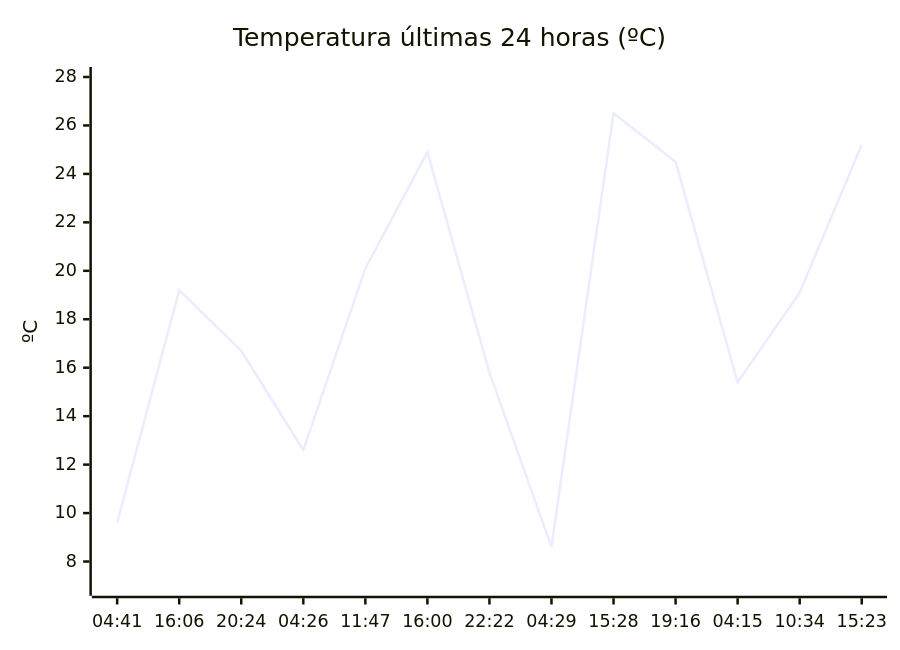
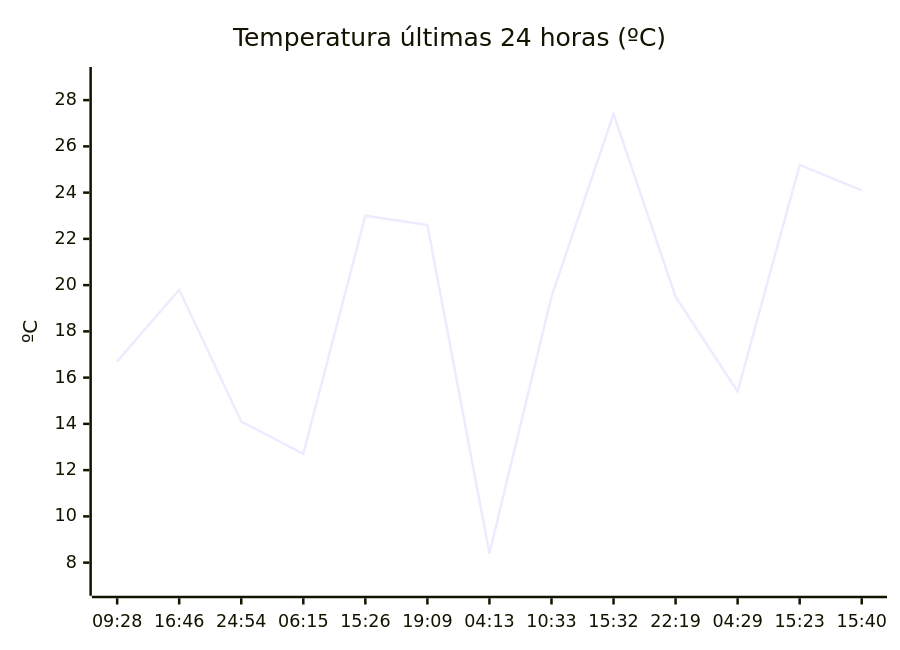
Before and after one commit to solidsnk86/rem-scrap: the diagram in README.md, drawn with Mermaid. The commit also changed other lines of this file, not shown here.

````diff
--- a/README.md
+++ b/README.md
@@ -34,7 +28,7 @@
 ```mermaid
 xychart-beta
     title "Temperatura últimas 24 horas (ºC)"
-    x-axis ["04:41", "16:06", "20:24", "04:26", "11:47", "16:00", "22:22", "04:29", "15:28", "19:16", "04:15", "10:34", "15:23"]
-    y-axis "ºC" 7 --> 28
-    line [9.6, 19.2, 16.7, 12.6, 20.1, 24.9, 15.8, 8.6, 26.5, 24.5, 15.4, 19.1, 25.2]
+    x-axis ["09:28", "16:46", "24:54", "06:15", "15:26", "19:09", "04:13", "10:33", "15:32", "22:19", "04:29", "15:23", "15:40"]
+    y-axis "ºC" 7 --> 29
+    line [16.7, 19.8, 14.1, 12.7, 23, 22.6, 8.4, 19.5, 27.4, 19.5, 15.4, 25.2, 24.1]
 ```
````
